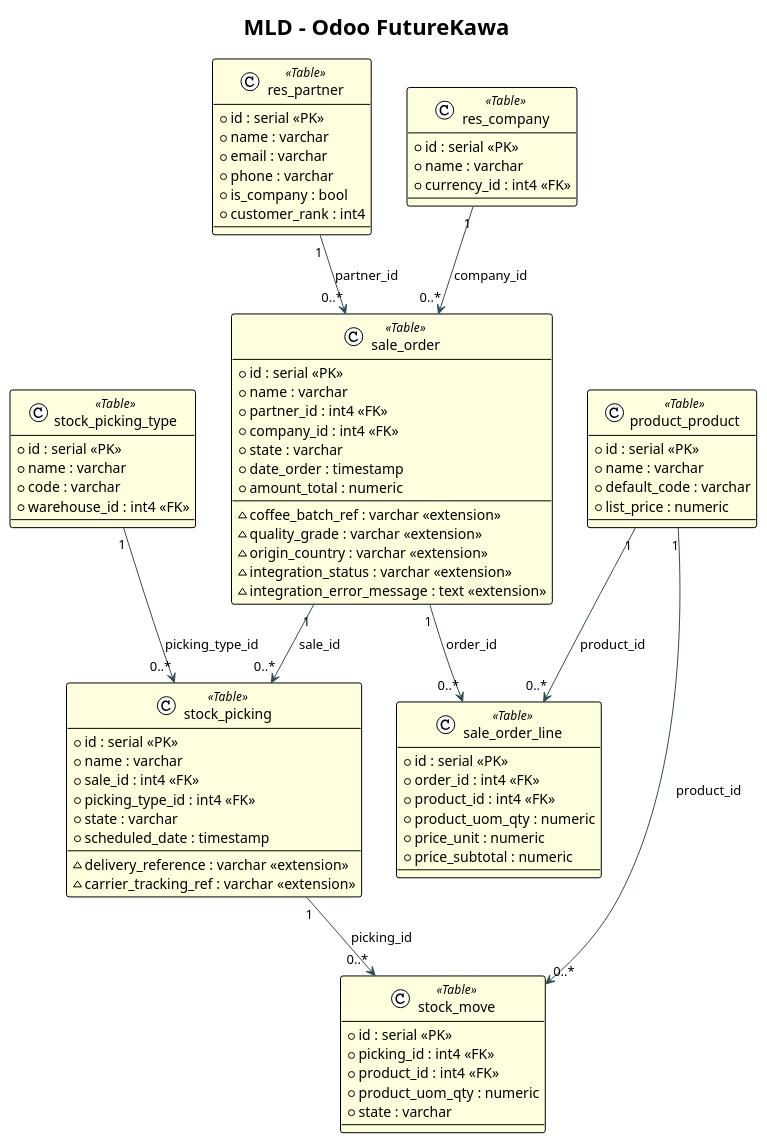
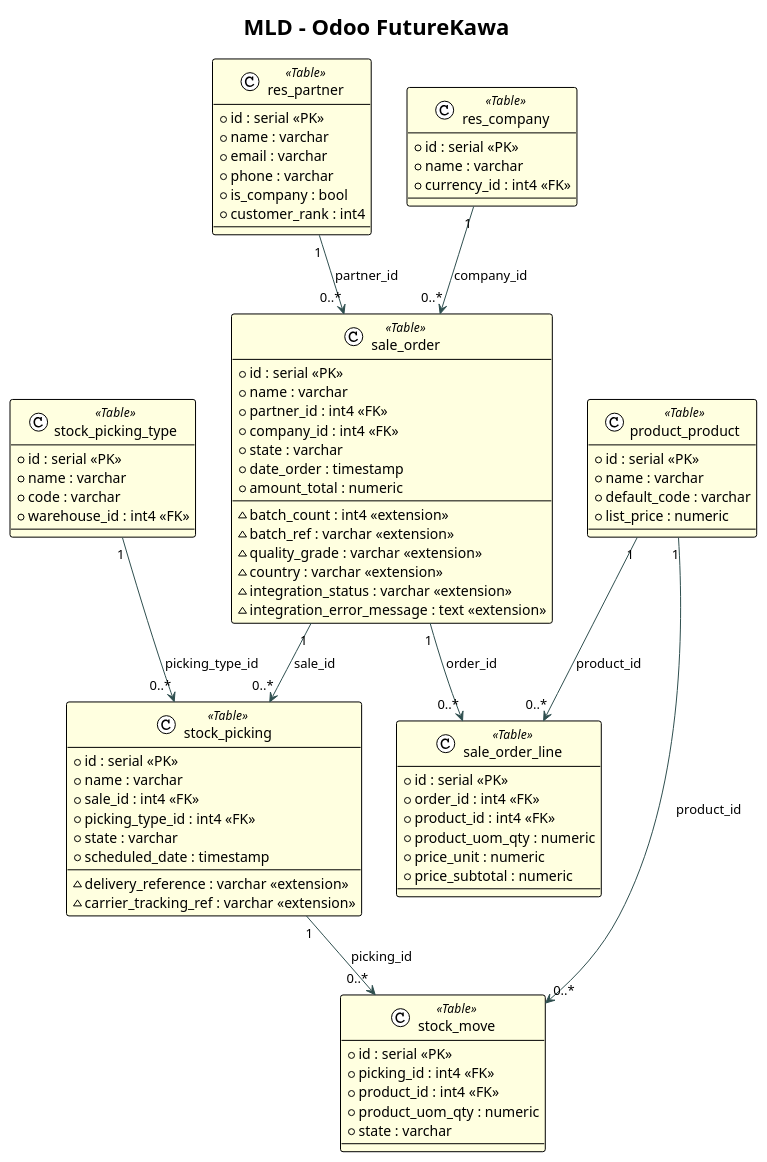
Before and after one commit to FutureKawa-Nte-G2/FutureKawa: the diagram in Documentation/diagrammes/mld_odoo.puml, drawn with PlantUML. The commit also changed 19 other files, not shown here.

Commit message:
feat: associate orders with origin country and auto-generate batch references in Odoo

```diff
--- a/Documentation/diagrammes/mld_odoo.puml
+++ b/Documentation/diagrammes/mld_odoo.puml
@@ -1,97 +1,98 @@
 @startuml MLD_Odoo_FutureKawa
 
 !theme plain
 
 title MLD - Odoo FutureKawa
 
 skinparam class {
     BackgroundColor<<Table>> LightYellow
     BackgroundColor<<Extension>> LightBlue
     ArrowColor DarkSlateGray
 }
 
 class "sale_order" as SaleOrder <<Table>> {
   + id : serial <<PK>>
   + name : varchar
   + partner_id : int4 <<FK>>
   + company_id : int4 <<FK>>
   + state : varchar
   + date_order : timestamp
   + amount_total : numeric
   --
-  ~ coffee_batch_ref : varchar <<extension>>
+  ~ batch_count : int4 <<extension>>
+  ~ batch_ref : varchar <<extension>>
   ~ quality_grade : varchar <<extension>>
-  ~ origin_country : varchar <<extension>>
+  ~ country : varchar <<extension>>
   ~ integration_status : varchar <<extension>>
   ~ integration_error_message : text <<extension>>
 }
 
 class "sale_order_line" as SaleOrderLine <<Table>> {
   + id : serial <<PK>>
   + order_id : int4 <<FK>>
   + product_id : int4 <<FK>>
   + product_uom_qty : numeric
   + price_unit : numeric
   + price_subtotal : numeric
 }
 
 class "res_partner" as ResPartner <<Table>> {
   + id : serial <<PK>>
   + name : varchar
   + email : varchar
   + phone : varchar
   + is_company : bool
   + customer_rank : int4
 }
 
 class "res_company" as ResCompany <<Table>> {
   + id : serial <<PK>>
   + name : varchar
   + currency_id : int4 <<FK>>
 }
 
 class "stock_picking" as StockPicking <<Table>> {
   + id : serial <<PK>>
   + name : varchar
   + sale_id : int4 <<FK>>
   + picking_type_id : int4 <<FK>>
   + state : varchar
   + scheduled_date : timestamp
   --
   ~ delivery_reference : varchar <<extension>>
   ~ carrier_tracking_ref : varchar <<extension>>
 }
 
 class "stock_move" as StockMove <<Table>> {
   + id : serial <<PK>>
   + picking_id : int4 <<FK>>
   + product_id : int4 <<FK>>
   + product_uom_qty : numeric
   + state : varchar
 }
 
 class "stock_picking_type" as StockPickingType <<Table>> {
   + id : serial <<PK>>
   + name : varchar
   + code : varchar
   + warehouse_id : int4 <<FK>>
 }
 
 class "product_product" as ProductProduct <<Table>> {
   + id : serial <<PK>>
   + name : varchar
   + default_code : varchar
   + list_price : numeric
 }
 
 ' Relations logiques
 ResPartner "1" --> "0..*" SaleOrder : partner_id
 ResCompany "1" --> "0..*" SaleOrder : company_id
 SaleOrder "1" --> "0..*" SaleOrderLine : order_id
 ProductProduct "1" --> "0..*" SaleOrderLine : product_id
 SaleOrder "1" --> "0..*" StockPicking : sale_id
 StockPickingType "1" --> "0..*" StockPicking : picking_type_id
 StockPicking "1" --> "0..*" StockMove : picking_id
 ProductProduct "1" --> "0..*" StockMove : product_id
 
 @enduml
```
